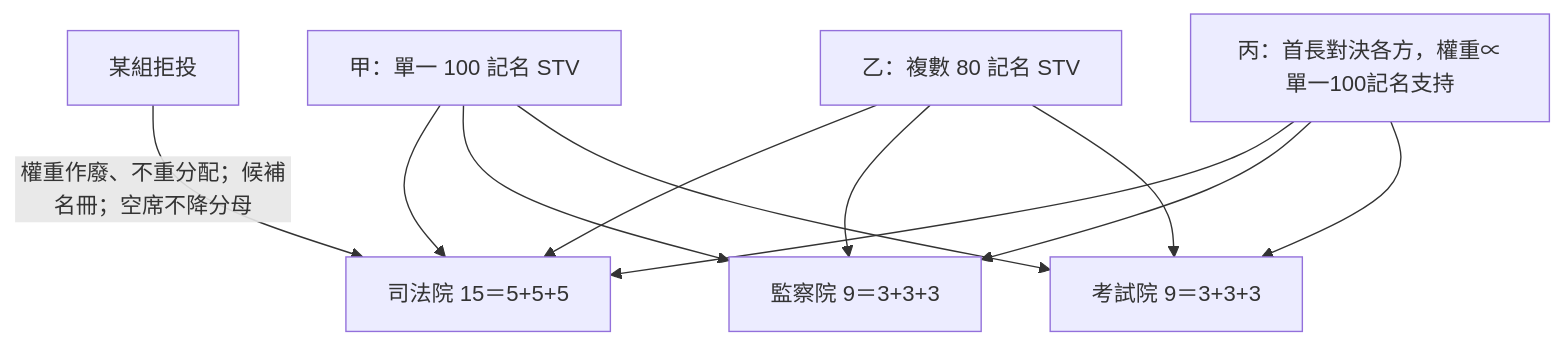
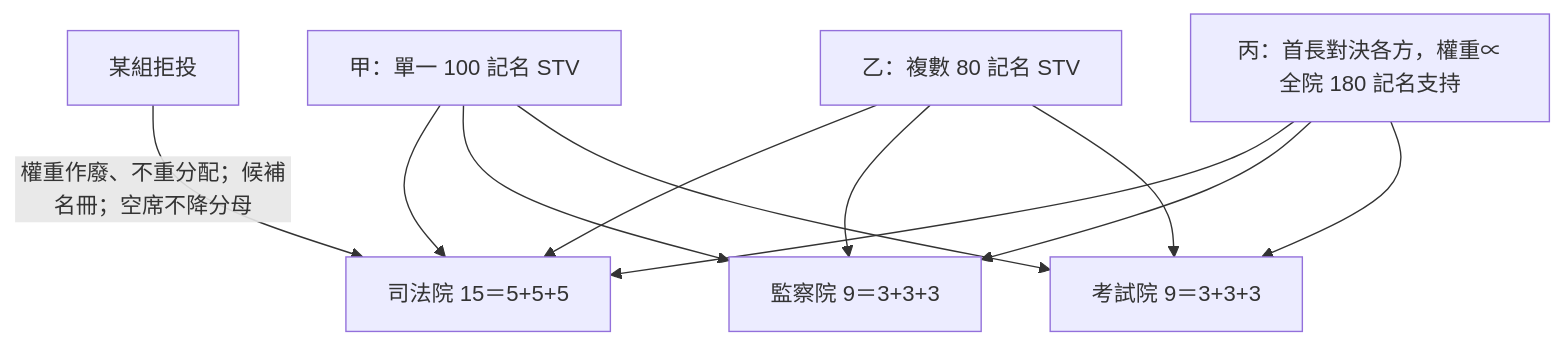
One commit to IRonROOT578/Political-Economy-Research-Public changed the seventh of 12 diagrams in topics/regime-designs/designs/台灣/一院議會制/憲政架構圖.md. Above: the diagram before and after it, drawn with Mermaid. The commit also changed other lines of this file and 241 other files, not shown here.

````diff
--- a/topics/regime-designs/designs/台灣/一院議會制/憲政架構圖.md
+++ b/topics/regime-designs/designs/台灣/一院議會制/憲政架構圖.md
@@ -92,13 +94,13 @@
 ```mermaid
 flowchart TD
   A[甲：單一 100 記名 STV] --> J[司法院 15＝5+5+5]
   B[乙：複數 80 記名 STV] --> J
-  C[丙：首長對決各方，權重∝單一100記名支持] --> J
+  C[丙：首長對決各方，權重∝全院 180 記名支持] --> J
   A --> S[監察院 9＝3+3+3]
   B --> S
   C --> S
   A --> E[考試院 9＝3+3+3]
   B --> E
   C --> E
   Boy[某組拒投] -->|權重作廢、不重分配；候補名冊；空席不降分母| J
 ```
````
